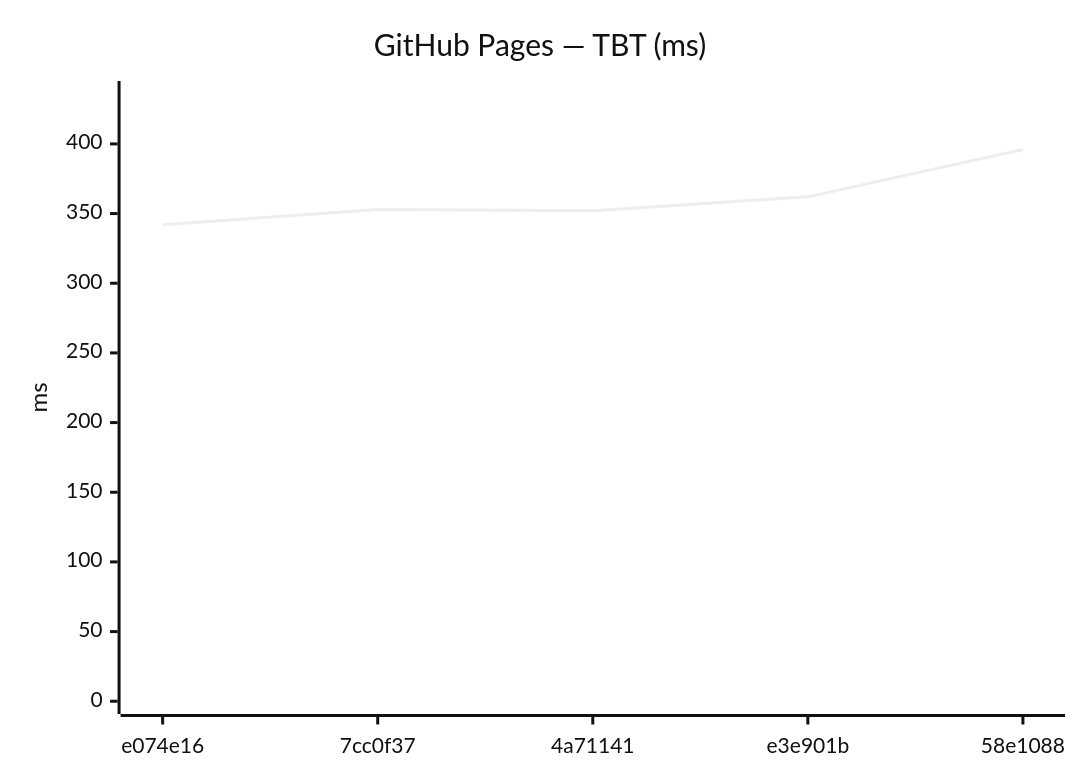
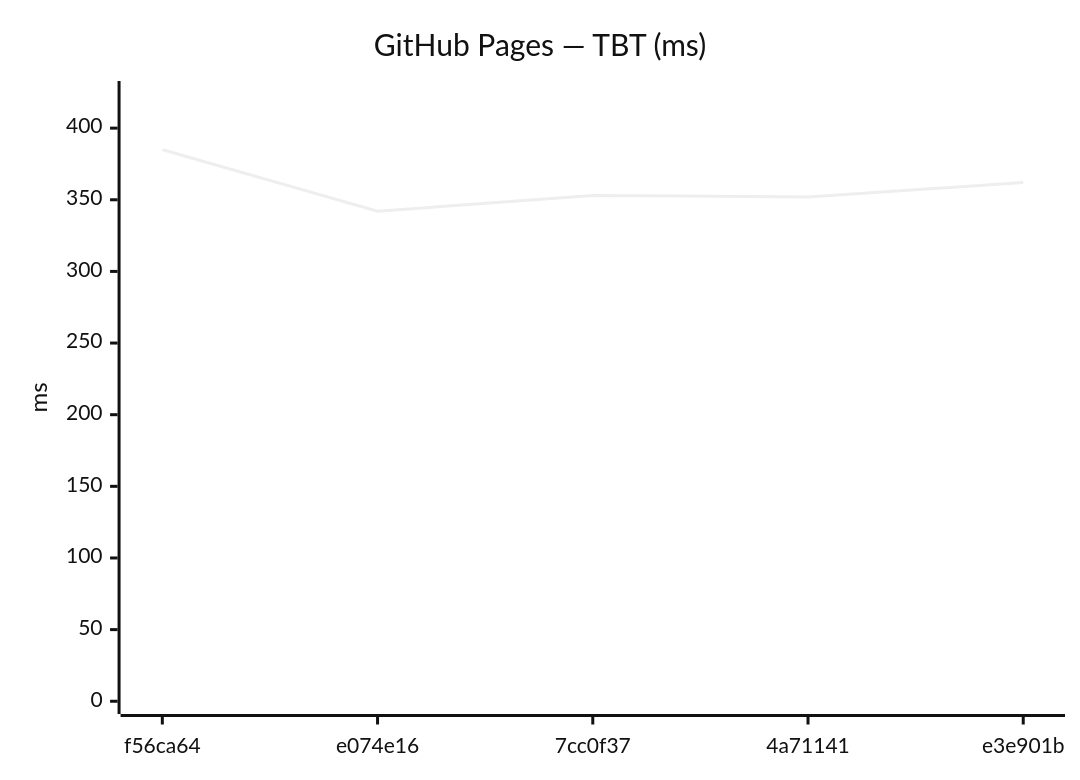
Before and after one commit to Metaheurist/Rianell: the tenth of 18 diagrams in benchmarks/compare.md, drawn with Mermaid (neutral theme). The commit also changed other lines of this file and 11 other files, not shown here.

````diff
--- a/benchmarks/compare.md
+++ b/benchmarks/compare.md
@@ -149,7 +149,7 @@
 ```mermaid
 xychart-beta
     title "GitHub Pages — TBT (ms)"
-    x-axis ["e074e16", "7cc0f37", "4a71141", "e3e901b", "58e1088"]
-    y-axis "ms" 0 --> 436
-    line [342, 353, 352, 362, 396]
+    x-axis ["f56ca64", "e074e16", "7cc0f37", "4a71141", "e3e901b"]
+    y-axis "ms" 0 --> 424
+    line [385, 342, 353, 352, 362]
 ```
````
